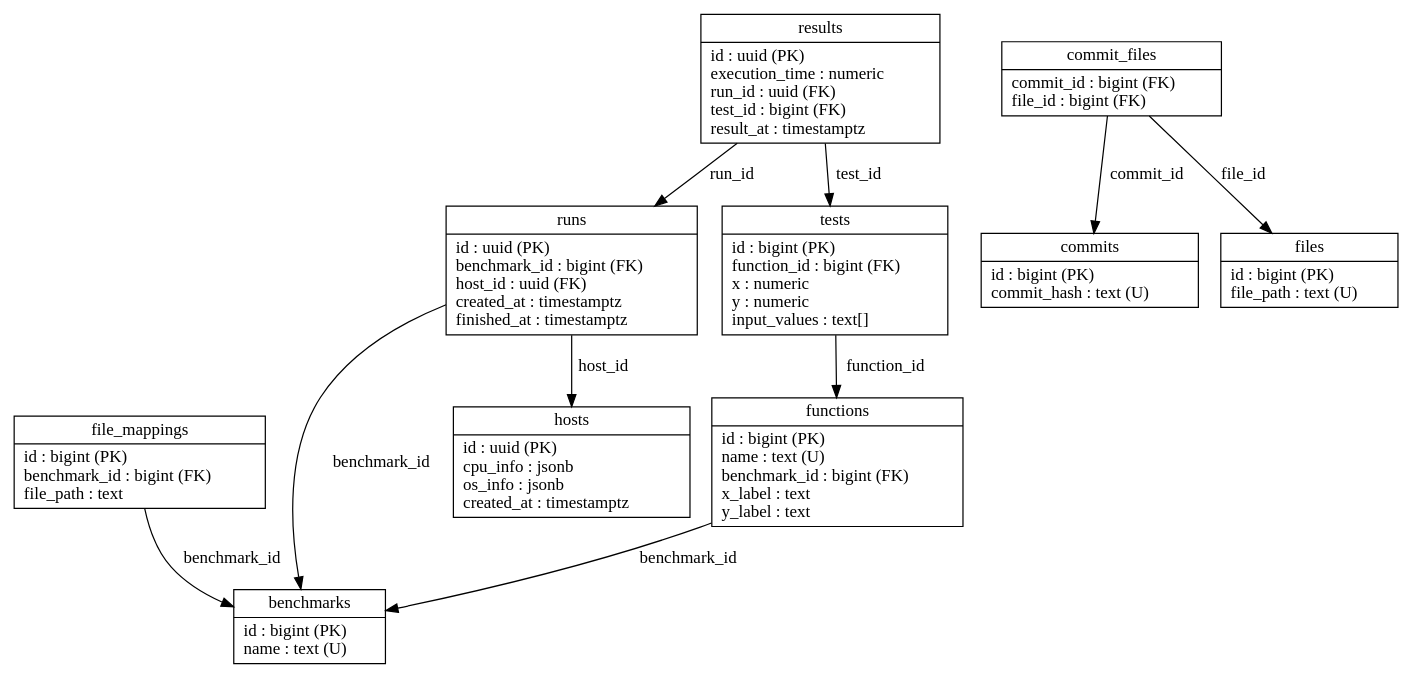
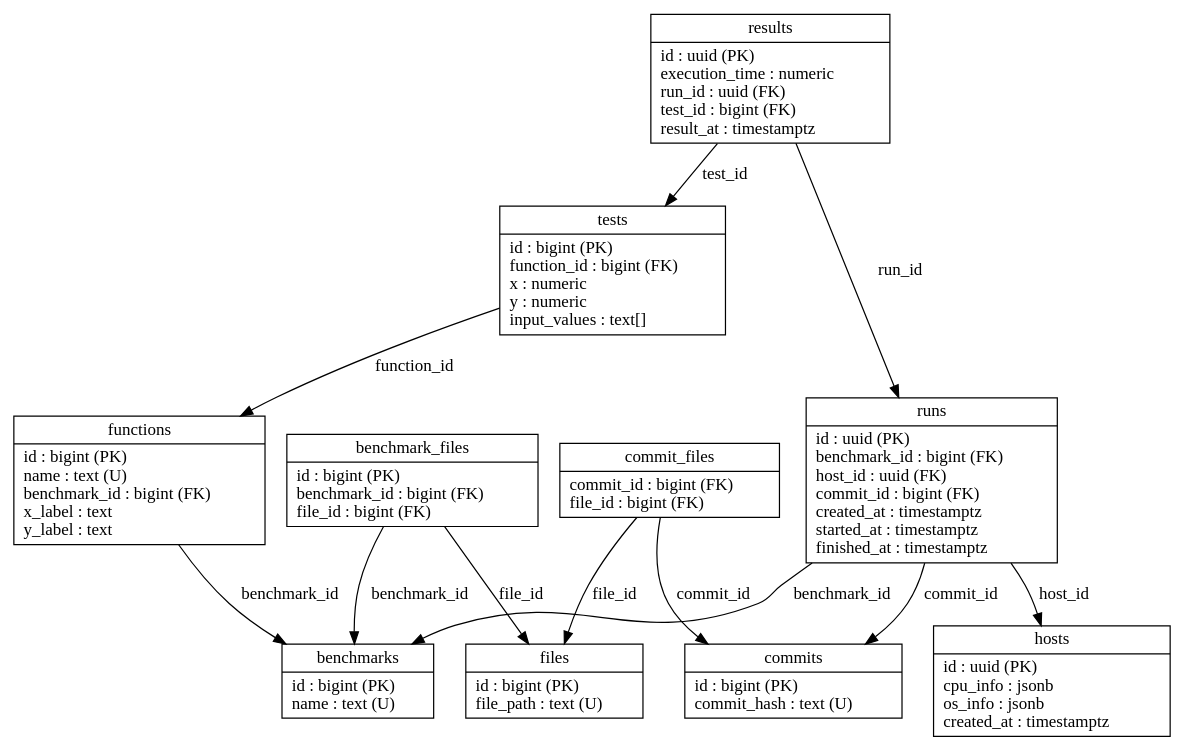
Before and after one commit to joelonsql/pg-catbench: the diagram in docs/data-model.dot, drawn with Graphviz. The commit also changed 13 other files, not shown here.

```diff
--- a/docs/data-model.dot
+++ b/docs/data-model.dot
@@ -1,27 +1,27 @@
 digraph pg_catbench {
     node [shape=record];
 
     benchmarks [label="{benchmarks|id : bigint (PK)\lname : text (U)\l}"];
-    file_mappings [label="{file_mappings|id : bigint (PK)\lbenchmark_id : bigint (FK)\lfile_path : text\l}"];
+    benchmark_files [label="{benchmark_files|id : bigint (PK)\lbenchmark_id : bigint (FK)\lfile_id : bigint (FK)\l}"];
     functions [label="{functions|id : bigint (PK)\lname : text (U)\lbenchmark_id : bigint (FK)\lx_label : text\ly_label : text\l}"];
     hosts [label="{hosts|id : uuid (PK)\lcpu_info : jsonb\los_info : jsonb\lcreated_at : timestamptz\l}"];
     results [label="{results|id : uuid (PK)\lexecution_time : numeric\lrun_id : uuid (FK)\ltest_id : bigint (FK)\lresult_at : timestamptz\l}"];
-    runs [label="{runs|id : uuid (PK)\lbenchmark_id : bigint (FK)\lhost_id : uuid (FK)\lcreated_at : timestamptz\lfinished_at : timestamptz\l}"];
+    runs [label="{runs|id : uuid (PK)\lbenchmark_id : bigint (FK)\lhost_id : uuid (FK)\lcommit_id : bigint (FK)\lcreated_at : timestamptz\lstarted_at : timestamptz\lfinished_at : timestamptz\l}"];
     tests [label="{tests|id : bigint (PK)\lfunction_id : bigint (FK)\lx : numeric\ly : numeric\linput_values : text[]\l}"];
-
     commits [label="{commits|id : bigint (PK)\lcommit_hash : text (U)\l}"];
     files [label="{files|id : bigint (PK)\lfile_path : text (U)\l}"];
     commit_files [label="{commit_files|commit_id : bigint (FK)\lfile_id : bigint (FK)\l}"];
 
     // Relationships
-    file_mappings -> benchmarks [label="benchmark_id"];
+    benchmark_files -> benchmarks [label="benchmark_id"];
+    benchmark_files -> files [label="file_id"];
     functions -> benchmarks [label="benchmark_id"];
     results -> runs [label="run_id"];
     results -> tests [label="test_id"];
     runs -> benchmarks [label="benchmark_id"];
     runs -> hosts [label="host_id"];
+    runs -> commits [label="commit_id"];
     tests -> functions [label="function_id"];
-
     commit_files -> commits [label="commit_id"];
     commit_files -> files [label="file_id"];
 }
```
